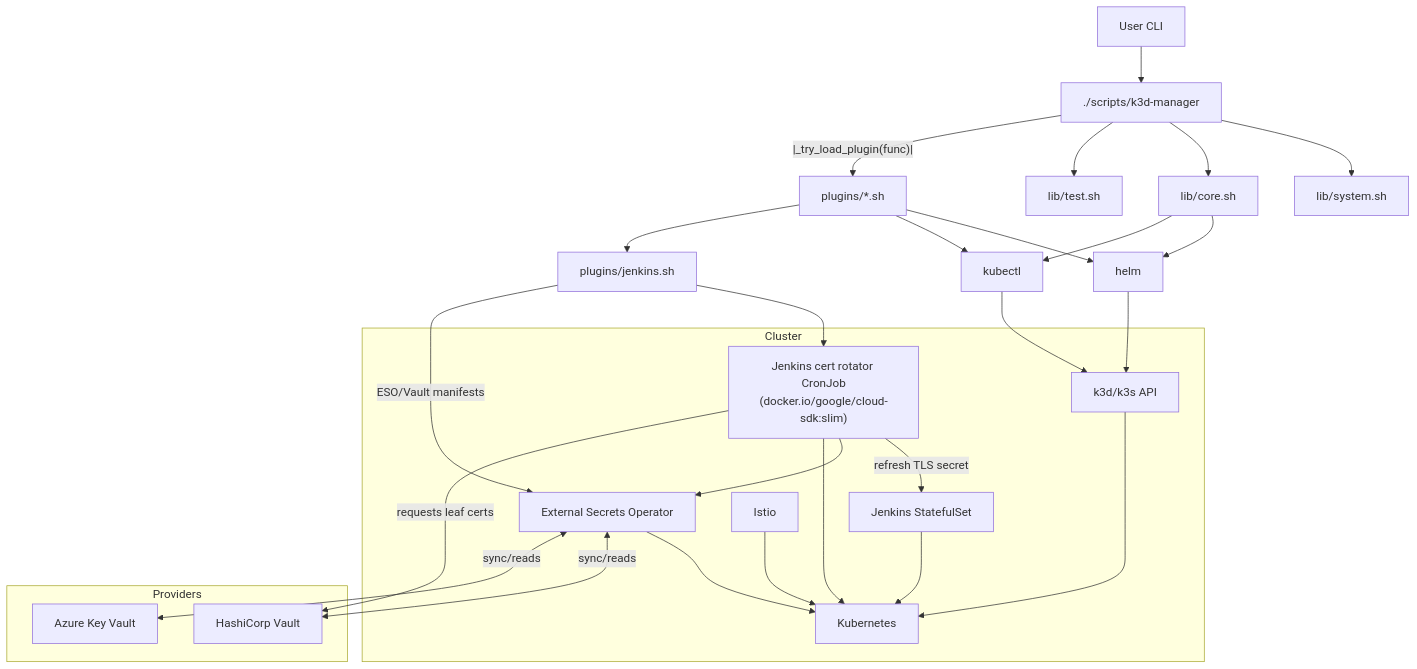
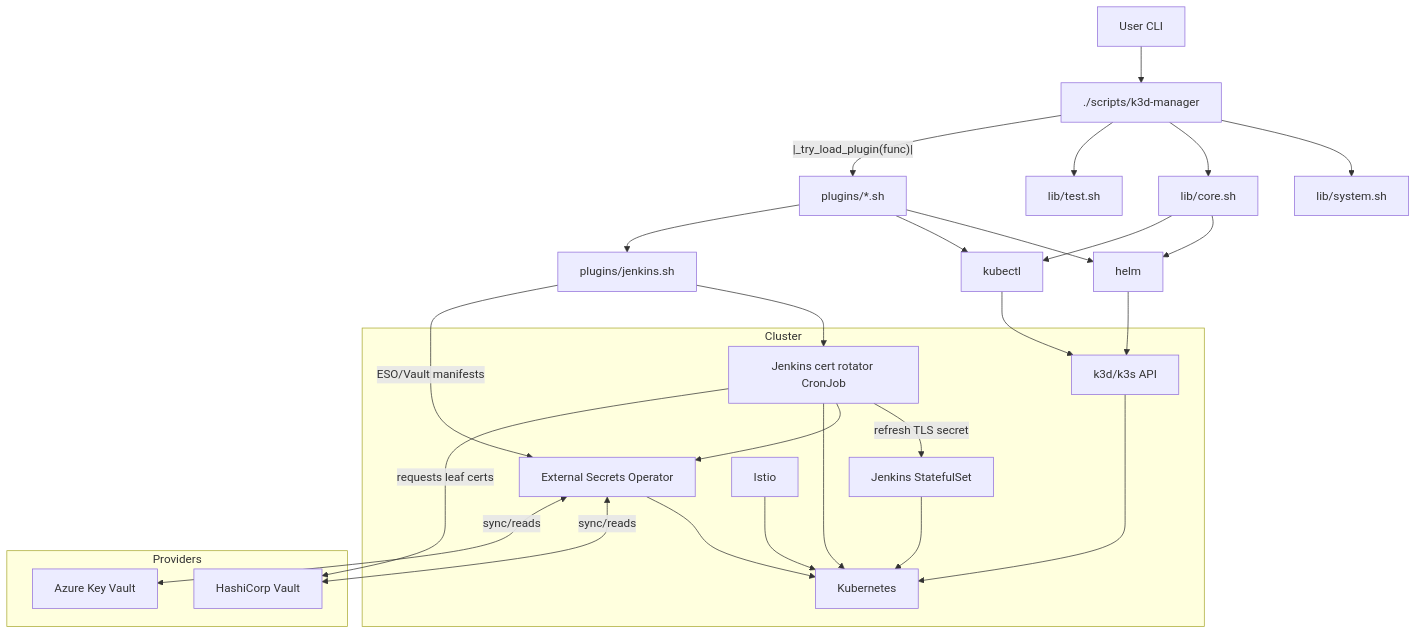
One commit to wilddog64/k3d-manager changed the diagram in README.md. Above: the diagram before and after it, drawn with Mermaid. The commit also changed other lines of this file and 6 other files, not shown here.

````diff
--- a/README.md
+++ b/README.md
@@ -426,34 +78,34 @@
 ```mermaid
 graph TD
   U[User CLI] --> KM[./scripts/k3d-manager]
   KM --> SYS[lib/system.sh]
   KM --> CORE[lib/core.sh]
   KM --> TEST[lib/test.sh]
   KM --|_try_load_plugin(func)|--> PLUG[plugins/*.sh]
   PLUG --> HELM[helm]
   PLUG --> KUB[kubectl]
   PLUG --> JPLUG[plugins/jenkins.sh]
-  JPLUG --> ROTATOR["Jenkins cert rotator CronJob<br/>(docker.io/google/cloud-sdk:slim)"]
+  JPLUG --> ROTATOR["Jenkins cert rotator CronJob"]
   JPLUG -->|ESO/Vault manifests| ESO
   ROTATOR -->|refresh TLS secret| JENKINS[Jenkins StatefulSet]
   ROTATOR --> ESO
   CORE --> HELM
   CORE --> KUB
   subgraph Cluster
      K3D[k3d/k3s API] --> K8S[Kubernetes]
      ISTIO[Istio] --> K8S
      ESO[External Secrets Operator] --> K8S
      JENKINS --> K8S
      ROTATOR --> K8S
   end
   HELM --> K3D
   KUB --> K3D
 
   subgraph Providers
      VAULT[HashiCorp Vault]
      AZ[Azure Key Vault]
   end
   ESO <-- sync/reads --> VAULT
   ESO <-- sync/reads --> AZ
   ROTATOR -->|requests leaf certs| VAULT
 ```
````
